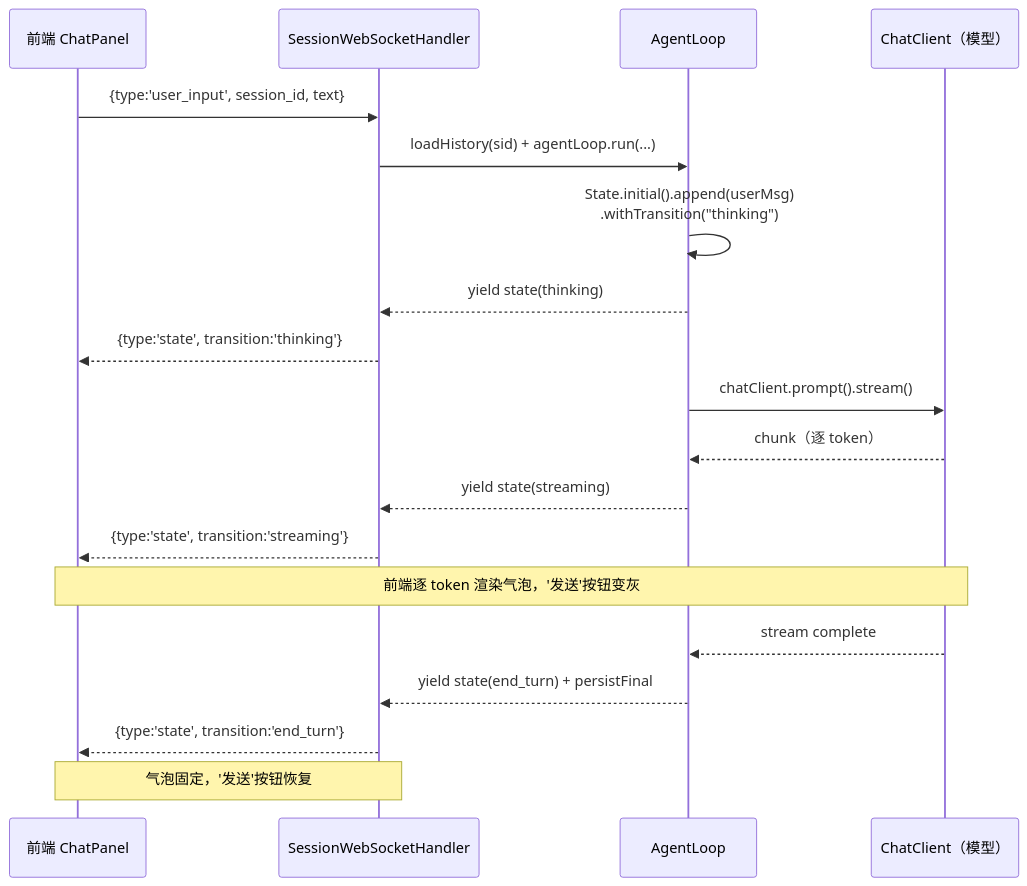
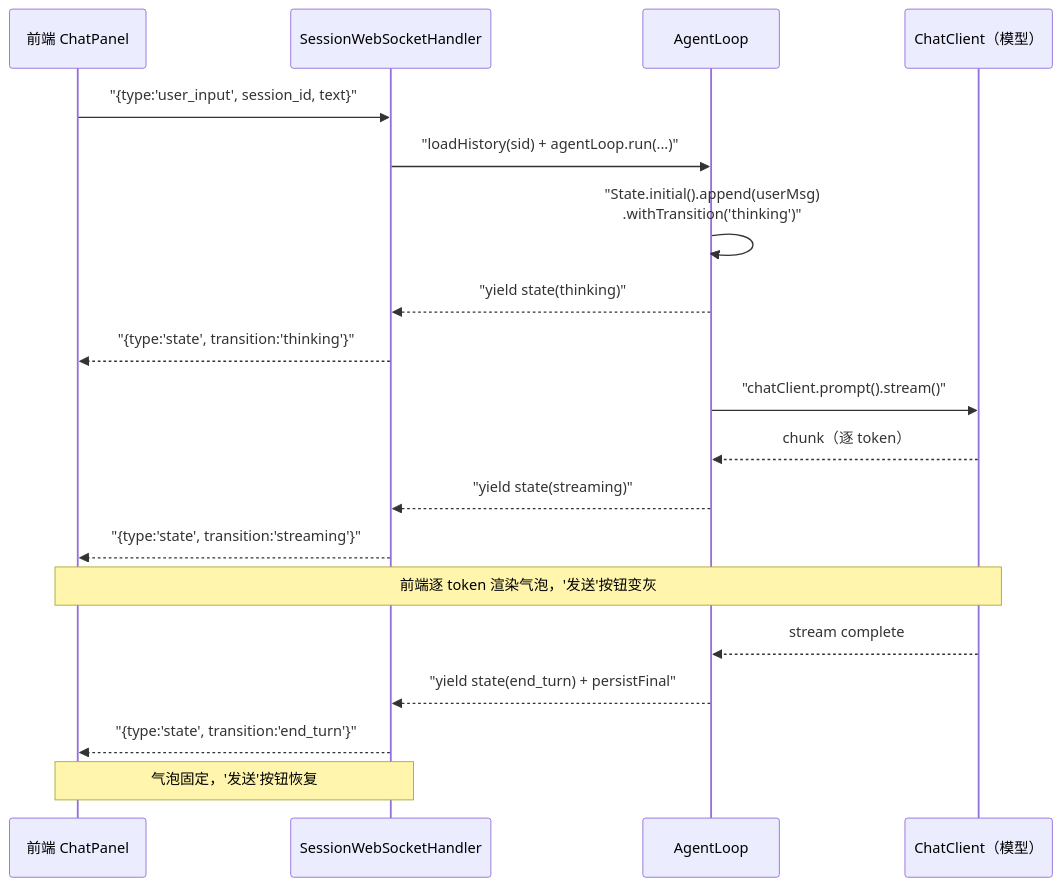
The first of 3 diagrams in docs/web-claude/03-项目骨架.md (UranusGit/java-agent-learn), drawn with Mermaid before and after one commit. The commit also changed 137 other files, not shown here.

First line of the commit message:
docs全库mermaid图质量深化：改写残留字符画、补缺图、修坏图

````diff
--- a/docs/web-claude/03-项目骨架.md
+++ b/docs/web-claude/03-项目骨架.md
@@ -529,21 +529,21 @@
 ```mermaid
 sequenceDiagram
     participant FE as 前端 ChatPanel
     participant WS as SessionWebSocketHandler
     participant AL as AgentLoop
     participant CC as ChatClient（模型）
-    FE->>WS: {type:'user_input', session_id, text}
-    WS->>AL: loadHistory(sid) + agentLoop.run(...)
-    AL->>AL: State.initial().append(userMsg)<br/>.withTransition("thinking")
-    AL-->>WS: yield state(thinking)
-    WS-->>FE: {type:'state', transition:'thinking'}
-    AL->>CC: chatClient.prompt().stream()
+    FE->>WS: "{type:'user_input', session_id, text}"
+    WS->>AL: "loadHistory(sid) + agentLoop.run(...)"
+    AL->>AL: "State.initial().append(userMsg)<br/>.withTransition('thinking')"
+    AL-->>WS: "yield state(thinking)"
+    WS-->>FE: "{type:'state', transition:'thinking'}"
+    AL->>CC: "chatClient.prompt().stream()"
     CC-->>AL: chunk（逐 token）
-    AL-->>WS: yield state(streaming)
-    WS-->>FE: {type:'state', transition:'streaming'}
+    AL-->>WS: "yield state(streaming)"
+    WS-->>FE: "{type:'state', transition:'streaming'}"
     Note over FE,CC: 前端逐 token 渲染气泡，'发送'按钮变灰
     CC-->>AL: stream complete
-    AL-->>WS: yield state(end_turn) + persistFinal
-    WS-->>FE: {type:'state', transition:'end_turn'}
+    AL-->>WS: "yield state(end_turn) + persistFinal"
+    WS-->>FE: "{type:'state', transition:'end_turn'}"
     Note over FE,WS: 气泡固定，'发送'按钮恢复
 ```
````
